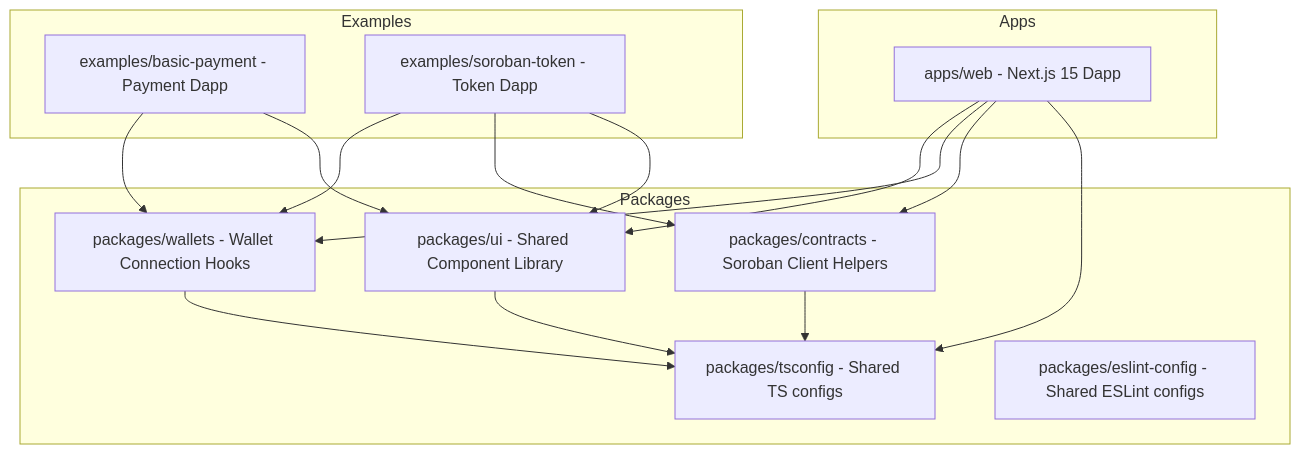
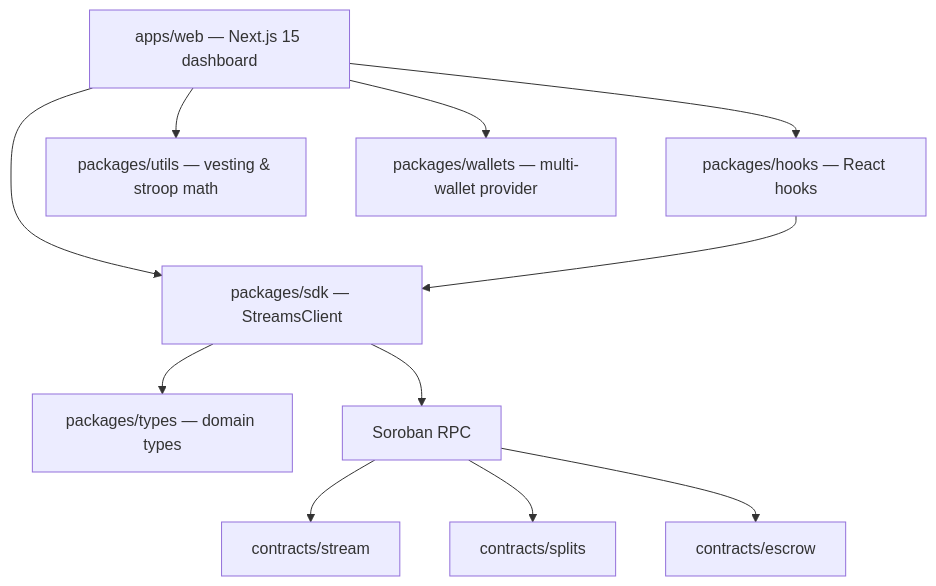
One commit to SorobanForge/stellar-starter-kit changed the diagram in ARCHITECTURE.md. Above: the diagram before and after it, drawn with Mermaid. The commit also changed other lines of this file and 150 other files, not shown here.

````diff
--- a/ARCHITECTURE.md
+++ b/ARCHITECTURE.md
@@ -11,34 +12,24 @@
 ```mermaid
 graph TD
-    subgraph Apps
-        WebApp[apps/web - Next.js 15 Dapp]
-    end
+    Web["apps/web — Next.js 15 dashboard"]
+    SDK["packages/sdk — StreamsClient"]
+    Hooks["packages/hooks — React hooks"]
+    Types["packages/types — domain types"]
+    Utils["packages/utils — vesting & stroop math"]
+    Wallets["packages/wallets — multi-wallet provider"]
+    RPC["Soroban RPC"]
+    Stream["contracts/stream"]
+    Splits["contracts/splits"]
+    Escrow["contracts/escrow"]
 
-    subgraph Packages
-        UI[packages/ui - Shared Component Library]
-        Wallets[packages/wallets - Wallet Connection Hooks]
-        Contracts[packages/contracts - Soroban Client Helpers]
-        TSConfig[packages/tsconfig - Shared TS configs]
-        ESLintConfig[packages/eslint-config - Shared ESLint configs]
-    end
-
-    subgraph Examples
-        BasicPayment[examples/basic-payment - Payment Dapp]
-        SorobanToken[examples/soroban-token - Token Dapp]
-    end
-
-    WebApp --> UI
-    WebApp --> Wallets
-    WebApp --> Contracts
-
-    BasicPayment --> Wallets
-    BasicPayment --> UI
-    SorobanToken --> Wallets
-    SorobanToken --> Contracts
-    SorobanToken --> UI
-
-    UI --> TSConfig
-    Wallets --> TSConfig
-    Contracts --> TSConfig
-    WebApp --> TSConfig
+    Web --> SDK
+    Web --> Hooks
+    Web --> Wallets
+    Web --> Utils
+    SDK --> Types
+    SDK --> RPC
+    Hooks --> SDK
+    RPC --> Stream
+    RPC --> Splits
+    RPC --> Escrow
 ```
````
